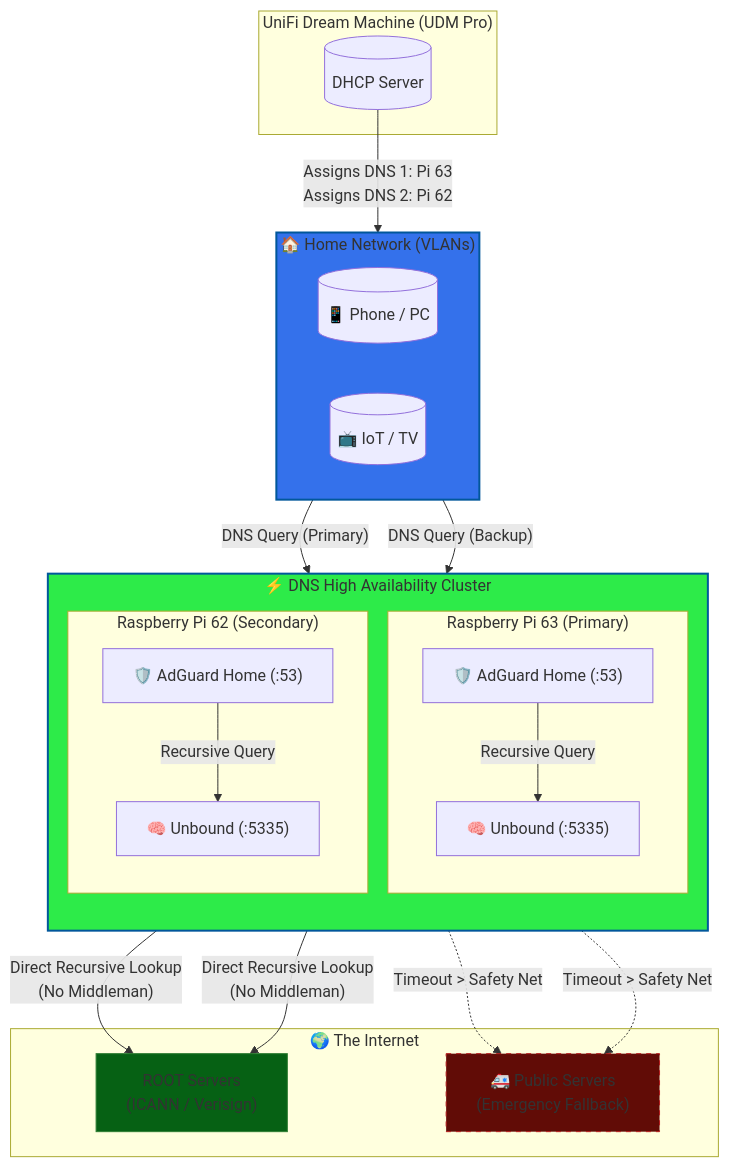
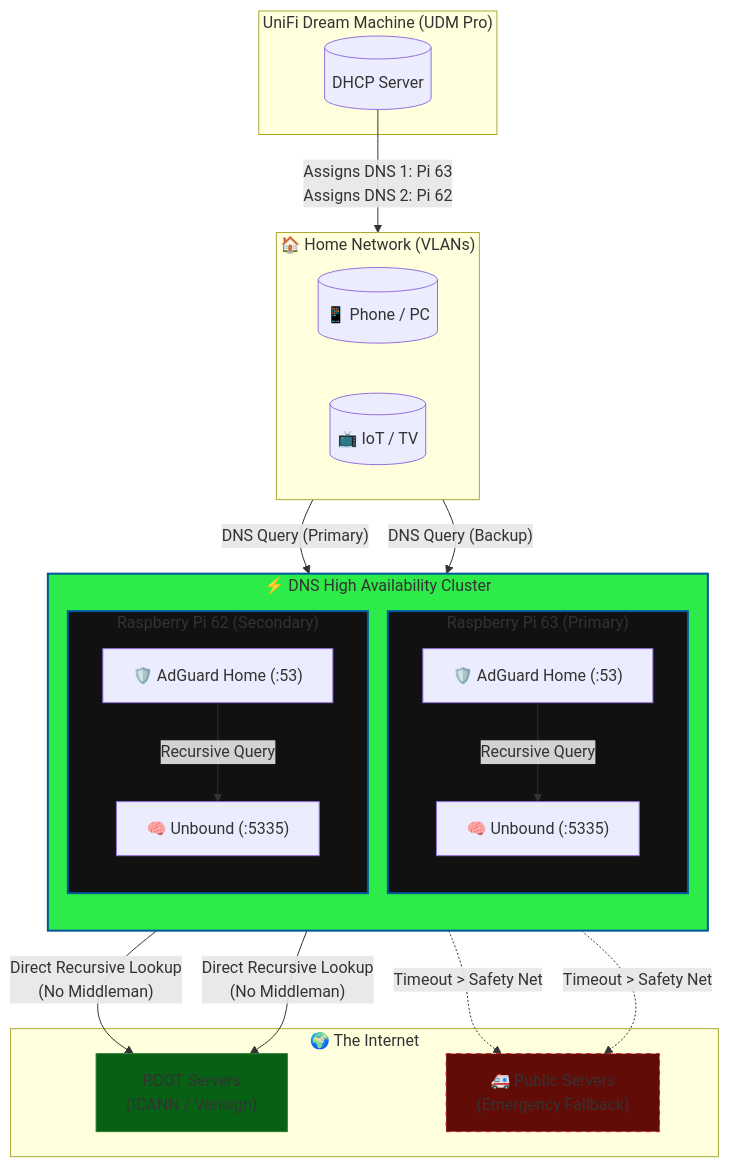
Before and after one commit to EvisHome/EvisHomeLab: the diagram in docs/home-lab/articles/dns-adguard-unbound.md, drawn with Mermaid. The commit also changed other lines of this file, not shown here.

````diff
--- a/docs/home-lab/articles/dns-adguard-unbound.md
+++ b/docs/home-lab/articles/dns-adguard-unbound.md
@@ -29,58 +29,60 @@
 ```mermaid
 flowchart TD
     %% -- Subgraph: The Network Clients --
     subgraph LAN ["🏠 Home Network (VLANs)"]
         Client1[("📱 Phone / PC")]
         Client2[("📺 IoT / TV")]
     end
 
     %% -- Subgraph: The Router --
     subgraph Router ["UniFi Dream Machine (UDM Pro)"]
         DHCP[(" DHCP Server ")]
     end
 
     %% -- Subgraph: High Availability Cluster --
     subgraph DNS_Cluster ["⚡ DNS High Availability Cluster"]
         direction TB
         
         subgraph Node1 ["Raspberry Pi 63 (Primary)"]
             AGH1["🛡️ AdGuard Home (:53)"]
             Unbound1["🧠 Unbound (:5335)"]
             AGH1 -->|Recursive Query| Unbound1
         end
 
         subgraph Node2 ["Raspberry Pi 62 (Secondary)"]
             AGH2["🛡️ AdGuard Home (:53)"]
             Unbound2["🧠 Unbound (:5335)"]
             AGH2 -->|Recursive Query| Unbound2
         end
     end
 
     %% -- Subgraph: The Internet --
     subgraph Internet ["🌍 The Internet"]
         RootServers["ROOT Servers <br> (ICANN / Verisign)"]
         Quad9["🚑 Public Servers <br> (Emergency Fallback)"]
     end
 
     %% -- Connections --
     %% 1. DHCP Assignment
     DHCP -- "Assigns DNS 1: Pi 63 <br> Assigns DNS 2: Pi 62" --> LAN
 
     %% 2. Client Requests (Load Balanced by Client OS)
     LAN -- "DNS Query (Primary)" --> AGH1
     LAN -- "DNS Query (Backup)" --> AGH2
 
     %% 3. Unbound Recursive Lookup (Privacy Path)
     Unbound1 -- "Direct Recursive Lookup <br> (No Middleman)" --> RootServers
     Unbound2 -- "Direct Recursive Lookup <br> (No Middleman)" --> RootServers
 
     %% 4. The Safety Net (Fail-Safe) - FIXED QUOTES BELOW
     AGH1 -.->|"Timeout > Safety Net"| Quad9
     AGH2 -.->|"Timeout > Safety Net"| Quad9
 
     %% Styling
-    style LAN fill:#3471eb,stroke:#01579b,stroke-width:2px
+    
     style DNS_Cluster fill:#2deb49,stroke:#01579b,stroke-width:2px
+    style Node1 fill:#111111,stroke:#01579b,stroke-width:2px
+    style Node2 fill:#111111,stroke:#01579b,stroke-width:2px
     style Quad9 fill:#610c06,stroke:#b71c1c,stroke-dasharray: 5 5
     style RootServers fill:#066114,stroke:#2e7d32
 ```
````
